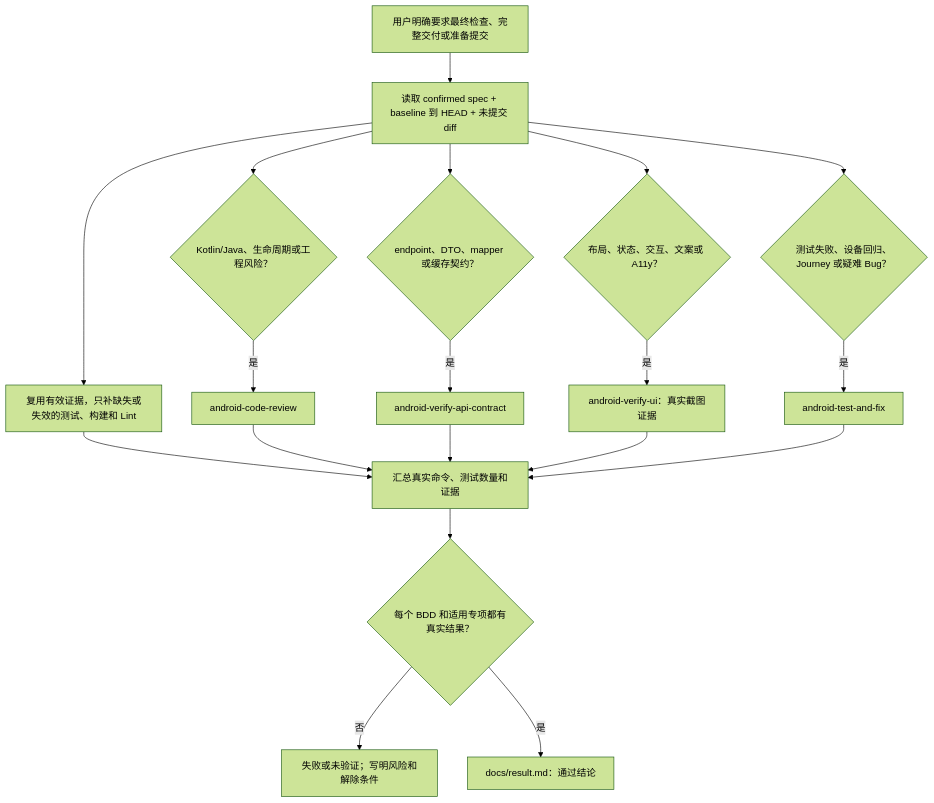
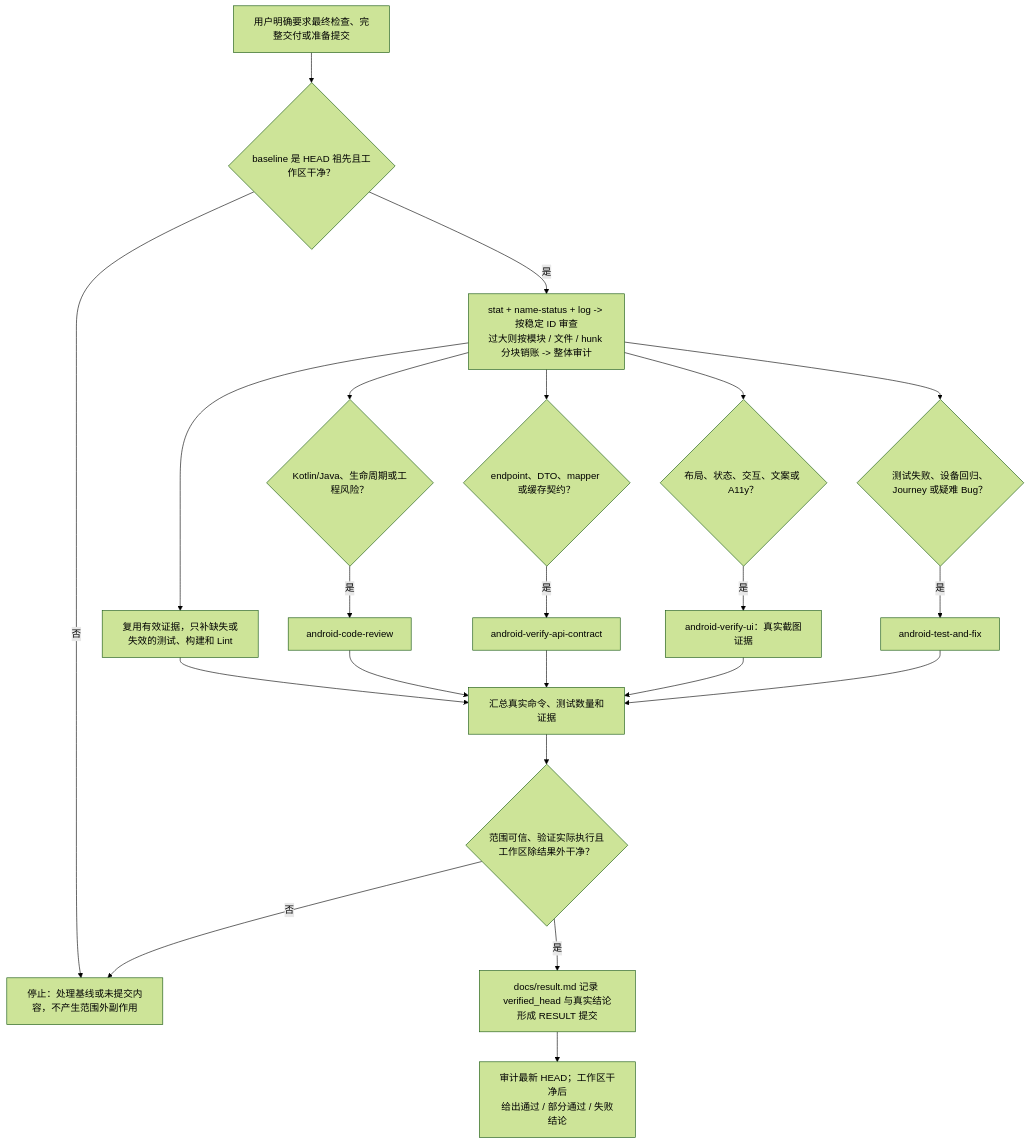
The seventh of 11 diagrams in docs/FLOW_DIAGRAMS.md (yejuntian/android-delivery-skills), drawn with Mermaid (forest theme) before and after one commit. The commit also changed other lines of this file and 7 other files, not shown here.

````diff
--- a/docs/FLOW_DIAGRAMS.md
+++ b/docs/FLOW_DIAGRAMS.md
@@ -204,21 +207,24 @@
 ```mermaid
 flowchart TD
-    FINAL["用户明确要求最终检查、完整交付或准备提交"] --> DIFF["读取 confirmed spec + baseline 到 HEAD + 未提交 diff"]
+    FINAL["用户明确要求最终检查、完整交付或准备提交"] --> CLEAN{"baseline 是 HEAD 祖先且工作区干净？"}
+    CLEAN -- "否" --> STOP["停止：处理基线或未提交内容，不产生范围外副作用"]
+    CLEAN -- "是" --> DIFF["stat + name-status + log -> 按稳定 ID 审查<br/>过大则按模块 / 文件 / hunk 分块销账 -> 整体审计"]
     DIFF --> TESTS["复用有效证据，只补缺失或失效的测试、构建和 Lint"]
     DIFF --> CODE{"Kotlin/Java、生命周期或工程风险？"}
     DIFF --> API{"endpoint、DTO、mapper 或缓存契约？"}
     DIFF --> UI{"布局、状态、交互、文案或 A11y？"}
     DIFF --> DEVICE{"测试失败、设备回归、Journey 或疑难 Bug？"}
     CODE -- "是" --> REVIEW["android-code-review"]
     API -- "是" --> APICHECK["android-verify-api-contract"]
     UI -- "是" --> UICHECK["android-verify-ui：真实截图证据"]
     DEVICE -- "是" --> FIX["android-test-and-fix"]
     TESTS --> COLLECT["汇总真实命令、测试数量和证据"]
     REVIEW --> COLLECT
     APICHECK --> COLLECT
     UICHECK --> COLLECT
     FIX --> COLLECT
-    COLLECT --> COMPLETE{"每个 BDD 和适用专项都有真实结果？"}
-    COMPLETE -- "否" --> PARTIAL["失败或未验证；写明风险和解除条件"]
-    COMPLETE -- "是" --> PASS["docs/result.md：通过结论"]
+    COLLECT --> TRUSTED{"范围可信、验证实际执行且<br/>工作区除结果外干净？"}
+    TRUSTED -- "否" --> STOP
+    TRUSTED -- "是" --> RESULT["docs/result.md 记录 verified_head 与真实结论<br/>形成 RESULT 提交"]
+    RESULT --> PASS["审计最新 HEAD；工作区干净后<br/>给出通过 / 部分通过 / 失败结论"]
 ```
````
